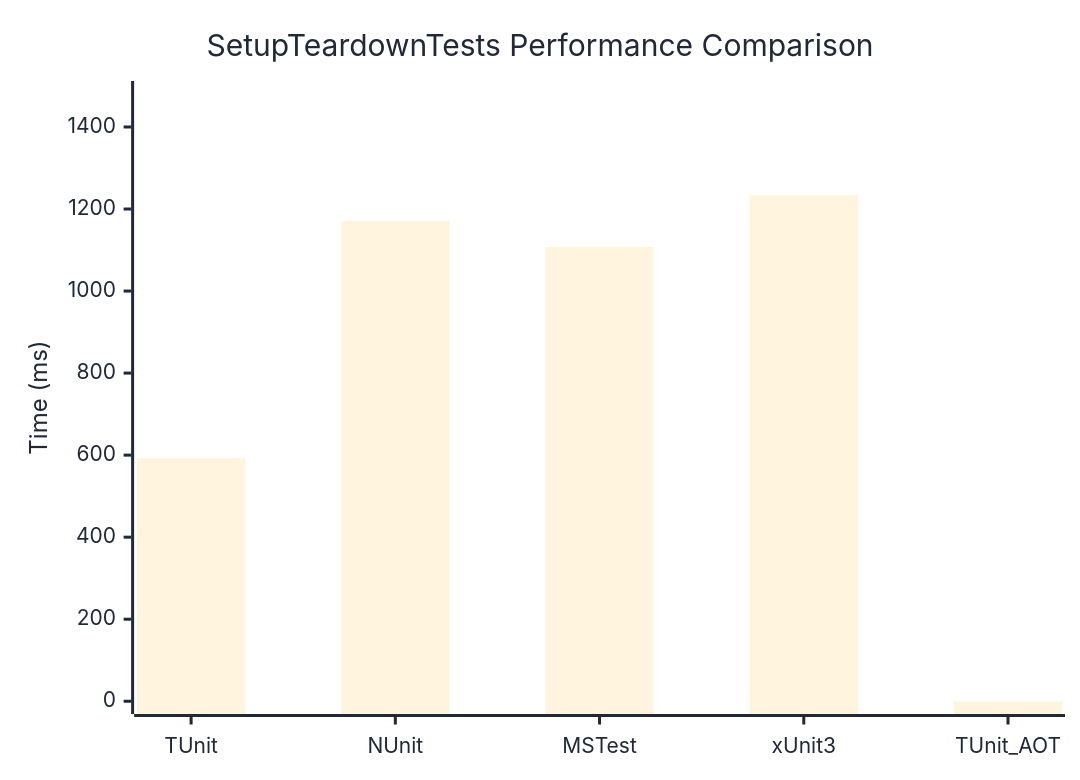
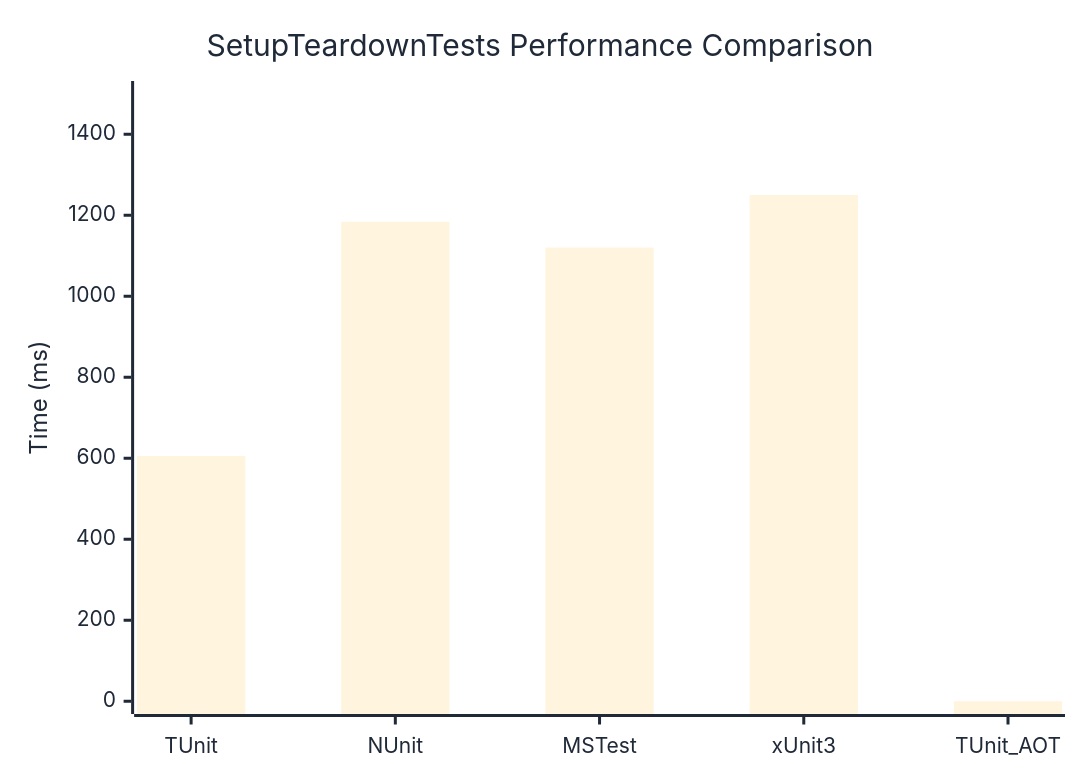
Before and after one commit to weiyilai/TUnit: the diagram in docs/docs/benchmarks/SetupTeardownTests.md, drawn with Mermaid. The commit also changed other lines of this file and 16 other files, not shown here.

````diff
--- a/docs/docs/benchmarks/SetupTeardownTests.md
+++ b/docs/docs/benchmarks/SetupTeardownTests.md
@@ -27,37 +27,37 @@
 ```mermaid
 %%{init: {
   'theme':'base',
   'themeVariables': {
     'primaryColor': '#2563eb',
     'primaryTextColor': '#1f2937',
     'primaryBorderColor': '#1e40af',
     'lineColor': '#6b7280',
     'secondaryColor': '#7c3aed',
     'tertiaryColor': '#dc2626',
     'background': '#ffffff',
     'mainBkg': '#2563eb',
     'secondBkg': '#7c3aed',
     'tertiaryBkg': '#dc2626',
     'clusterBkg': '#f3f4f6',
     'edgeLabelBackground': '#ffffff',
     'tertiaryTextColor': '#1f2937',
     'pie1': '#2563eb',
     'pie2': '#7c3aed',
     'pie3': '#dc2626',
     'pie4': '#f59e0b',
     'pie5': '#10b981',
     'pie6': '#06b6d4',
     'pie7': '#ec4899',
     'pie8': '#6366f1',
     'pie9': '#84cc16',
     'pie10': '#f97316',
     'pie11': '#14b8a6',
     'pie12': '#a855f7'
   }
 }}%%
 xychart-beta
   title "SetupTeardownTests Performance Comparison"
   x-axis ["TUnit", "NUnit", "MSTest", "xUnit3", "TUnit_AOT"]
-  y-axis "Time (ms)" 0 --> 1481
-  bar [592.2, 1171, 1107.7, 1233.8, 0]
+  y-axis "Time (ms)" 0 --> 1500
+  bar [605.7, 1183.8, 1120, 1249.8, 0]
 ```
````
